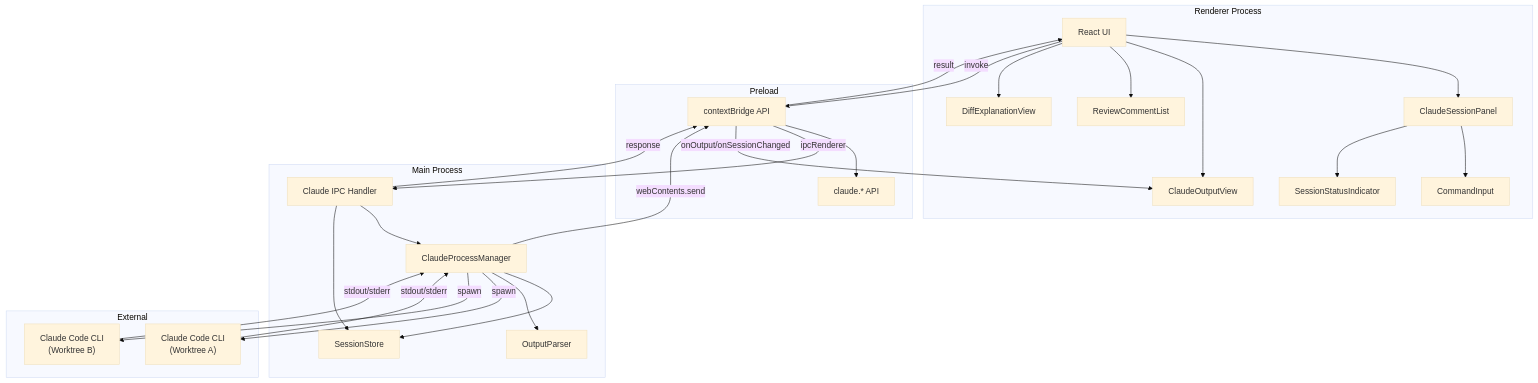
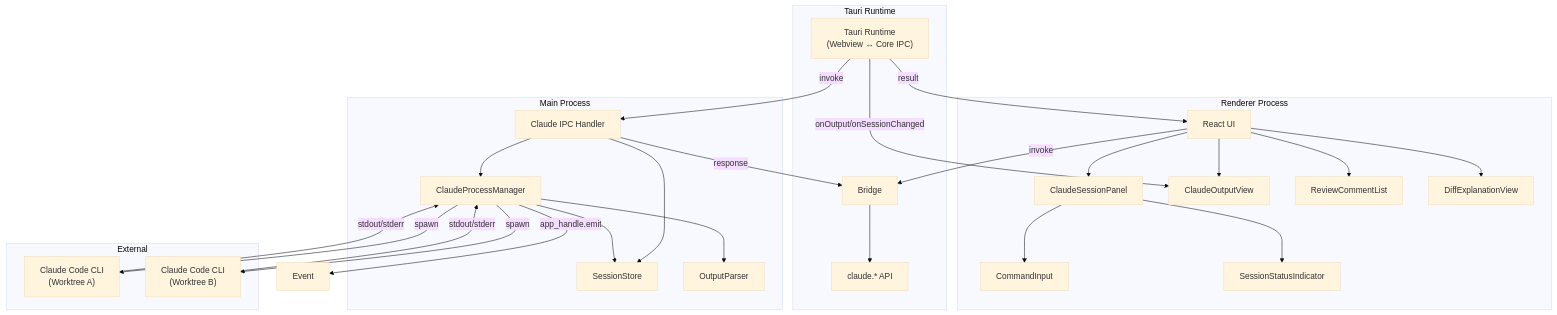
Before and after one commit to ToshikiImagawa/Buruma: the diagram in .sdd/specification/claude-code-integration_design.md, drawn with Mermaid (base theme). The commit also changed other lines of this file and 7 other files, not shown here.

````diff
--- a/.sdd/specification/claude-code-integration_design.md
+++ b/.sdd/specification/claude-code-integration_design.md
@@ -92,52 +101,52 @@
 ```mermaid
 graph TD
     subgraph "Renderer Process"
         React[React UI]
         SessionPanel[ClaudeSessionPanel]
         OutputView[ClaudeOutputView]
         ReviewList[ReviewCommentList]
         ExplainView[DiffExplanationView]
         CmdInput[CommandInput]
         StatusInd[SessionStatusIndicator]
         React --> SessionPanel
         React --> OutputView
         React --> ReviewList
         React --> ExplainView
         SessionPanel --> CmdInput
         SessionPanel --> StatusInd
     end
 
-    subgraph "Preload"
-        Bridge[contextBridge API]
+    subgraph "Tauri Runtime"
+        Runtime["Tauri Runtime<br/>(Webview ↔ Core IPC)"]
         ClaudeAPI["claude.* API"]
         Bridge --> ClaudeAPI
     end
 
     subgraph "Main Process"
         IPCHandler[Claude IPC Handler]
         ProcessMgr[ClaudeProcessManager]
         SessionSt[SessionStore]
         Parser[OutputParser]
         IPCHandler --> ProcessMgr
         IPCHandler --> SessionSt
         ProcessMgr --> SessionSt
         ProcessMgr --> Parser
     end
 
     subgraph "External"
         CLI1["Claude Code CLI<br/>(Worktree A)"]
         CLI2["Claude Code CLI<br/>(Worktree B)"]
     end
 
     React -->|"invoke"| Bridge
-    Bridge -->|"ipcRenderer"| IPCHandler
+    Runtime -->|"invoke<T>"| IPCHandler
     IPCHandler -->|"response"| Bridge
-    Bridge -->|"result"| React
+    Runtime -->|"result"| React
 
     ProcessMgr -->|"spawn"| CLI1
     ProcessMgr -->|"spawn"| CLI2
     CLI1 -->|"stdout/stderr"| ProcessMgr
     CLI2 -->|"stdout/stderr"| ProcessMgr
-    ProcessMgr -->|"webContents.send"| Bridge
-    Bridge -->|"onOutput/onSessionChanged"| OutputView
+    ProcessMgr -->|"app_handle.emit"| Event
+    Runtime -->|"onOutput/onSessionChanged"| OutputView
 ```
````
